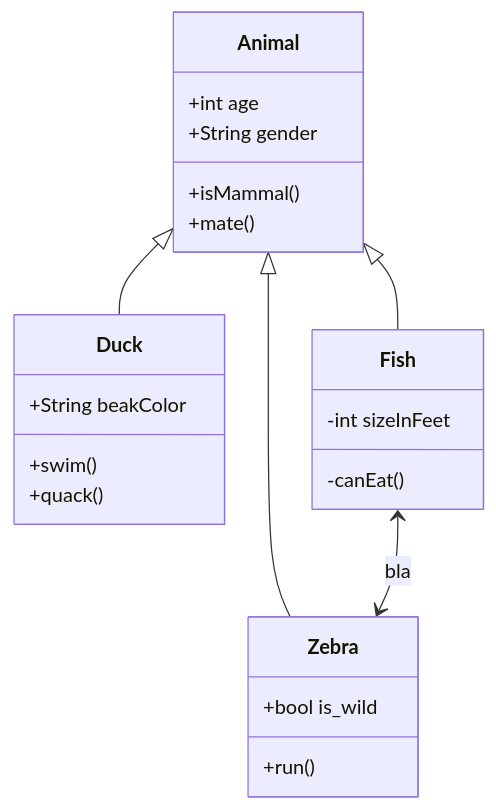
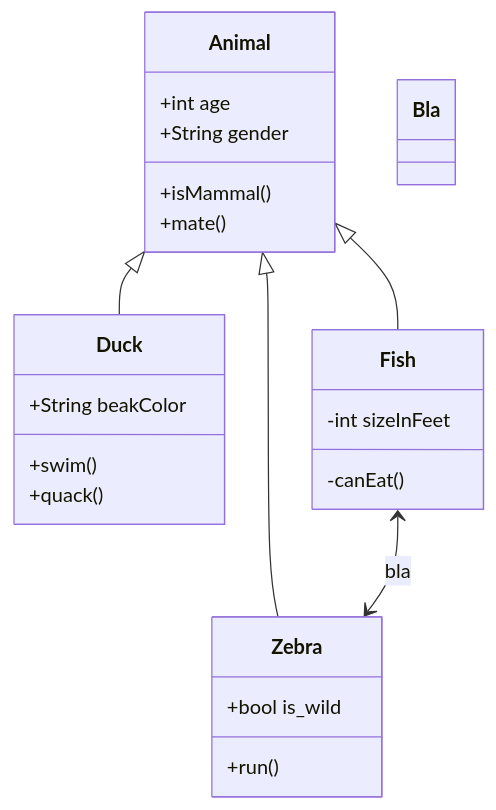
The diagram in README.md (DataCoveEU/FAIRiTRASH), drawn with Mermaid before and after one commit.

````diff
--- a/README.md
+++ b/README.md
@@ -4,26 +4,28 @@
 ```mermaid
 classDiagram
     Animal <|-- Duck
     Animal <|-- Fish
     Animal <|-- Zebra
     Animal : +int age
     Animal : +String gender
     Animal: +isMammal()
     Animal: +mate()
     
     class Duck{
       +String beakColor
       +swim()
       +quack()
     }
     class Fish{
       -int sizeInFeet
       -canEat()
     }
     class Zebra{
       +bool is_wild
       +run()
     }
+    class Bla{}
+
 
     Fish <--> Zebra: bla
 ```
````
